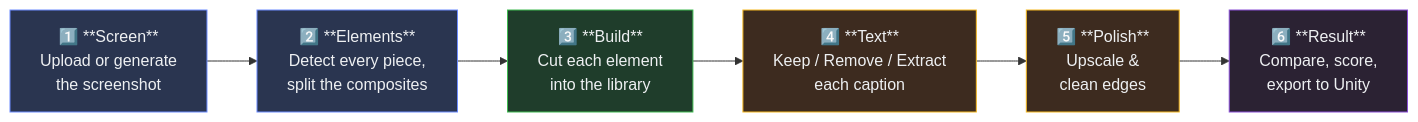
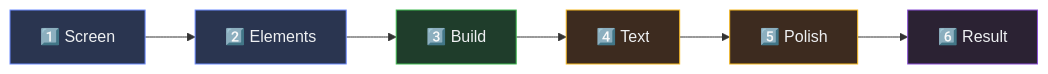
One commit to AdielMag/2d-assets-pipeline changed the third of 7 diagrams in README.md. Above: the diagram before and after it, drawn with Mermaid. The commit also changed other lines of this file and 1 other file, not shown here.

````diff
--- a/README.md
+++ b/README.md
@@ -325,18 +392,11 @@
 ```mermaid
 flowchart LR
-    S1["1️⃣ **Screen**<br/>Upload or generate<br/>the screenshot"]
-    S2["2️⃣ **Elements**<br/>Detect every piece,<br/>split the composites"]
-    S3["3️⃣ **Build**<br/>Cut each element<br/>into the library"]
-    S4["4️⃣ **Text**<br/>Keep / Remove / Extract<br/>each caption"]
-    S5["5️⃣ **Polish**<br/>Upscale &<br/>clean edges"]
-    S6["6️⃣ **Result**<br/>Compare, score,<br/>export to Unity"]
-
-    S1 --> S2 --> S3 --> S4 --> S5 --> S6
+    S1["1️⃣ Screen"] --> S2["2️⃣ Elements"] --> S3["3️⃣ Build"] --> S4["4️⃣ Text"] --> S5["5️⃣ Polish"] --> S6["6️⃣ Result"]
 
     style S1 fill:#2a3550,stroke:#6c8cff,color:#eef0f2
     style S2 fill:#2a3550,stroke:#6c8cff,color:#eef0f2
     style S3 fill:#1f3d2b,stroke:#3fb950,color:#eef0f2
     style S4 fill:#3d2b1f,stroke:#f5b820,color:#eef0f2
     style S5 fill:#3d2b1f,stroke:#f5b820,color:#eef0f2
     style S6 fill:#2b2233,stroke:#8a4fd6,color:#eef0f2
 ```
````
